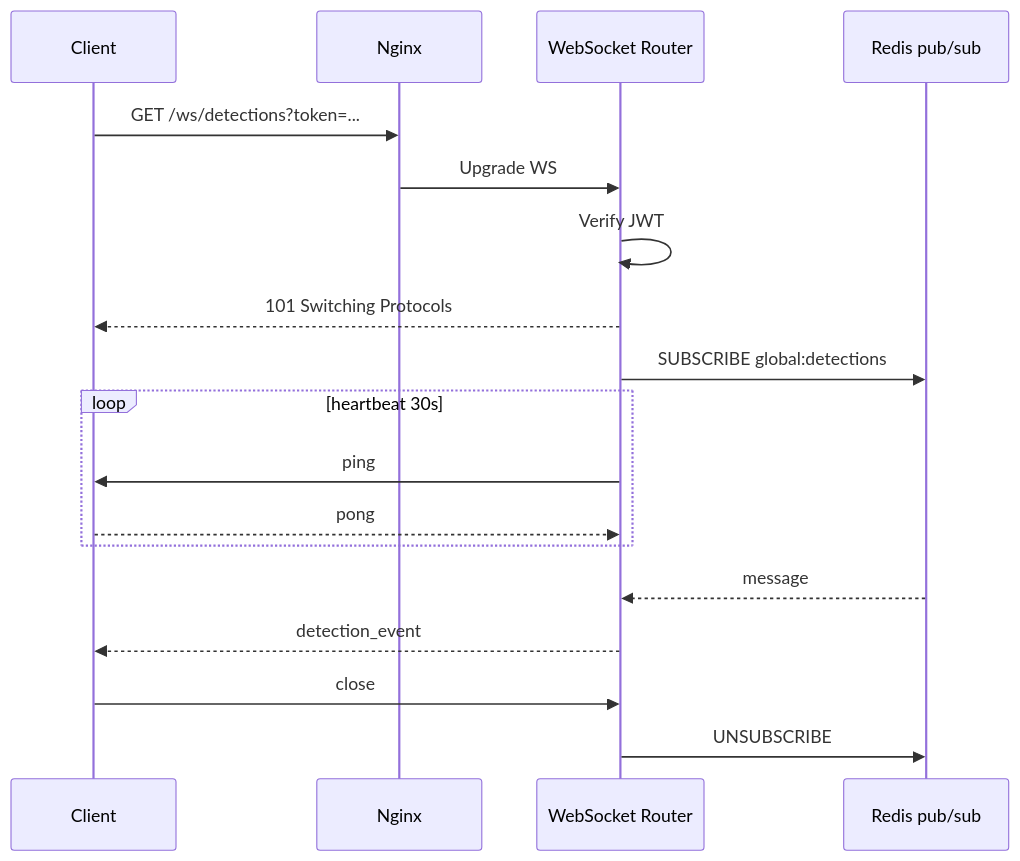
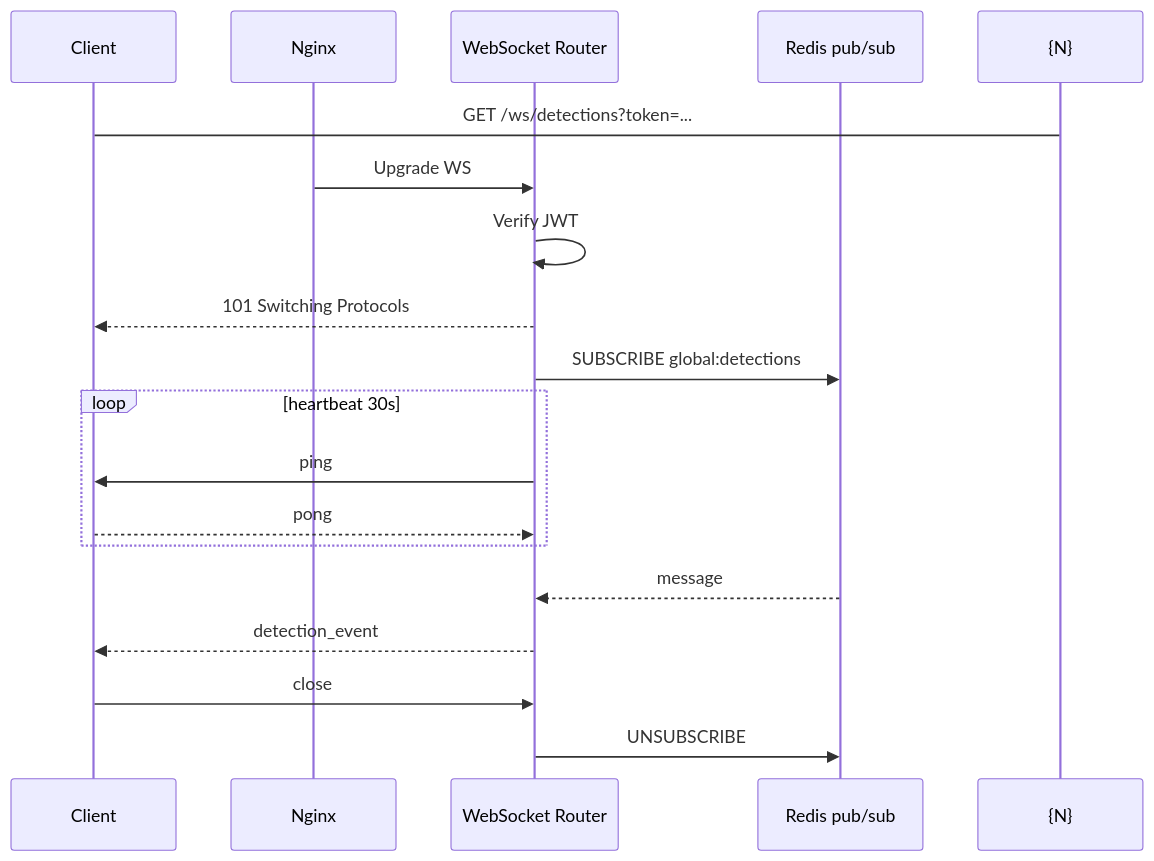
One commit to trivediyash154-source/ASEP-2 changed the sixth of 6 diagrams in README.md. Above: the diagram before and after it, drawn with Mermaid. The commit also changed other lines of this file and 59 other files, not shown here.

````diff
--- a/README.md
+++ b/README.md
@@ -905,21 +743,21 @@
 ```mermaid
 sequenceDiagram
     participant C as Client
     participant N as Nginx
     participant W as WebSocket Router
     participant R as Redis pub/sub
 
-    C->>N: GET /ws/detections?token=...
+    C->{N}: GET /ws/detections?token=...
     N->>W: Upgrade WS
     W->>W: Verify JWT
     W-->>C: 101 Switching Protocols
     W->>R: SUBSCRIBE global:detections
     loop heartbeat 30s
         W->>C: ping
         C-->>W: pong
     end
     R-->>W: message
     W-->>C: detection_event
     C->>W: close
     W->>R: UNSUBSCRIBE
 ```
````
